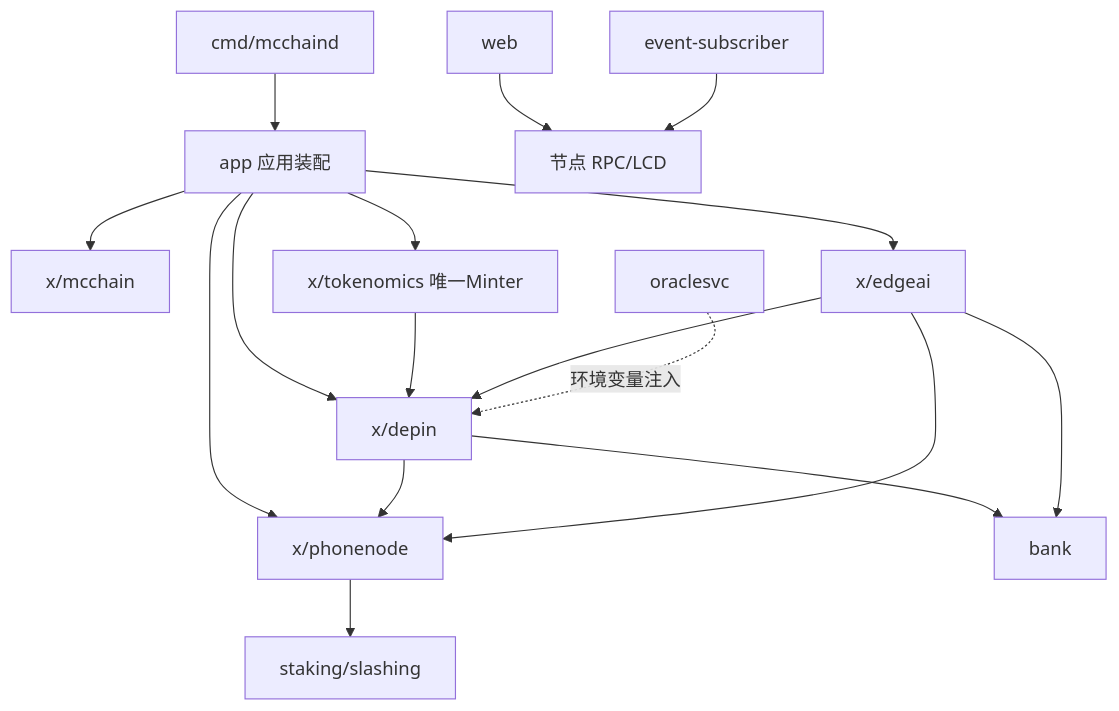
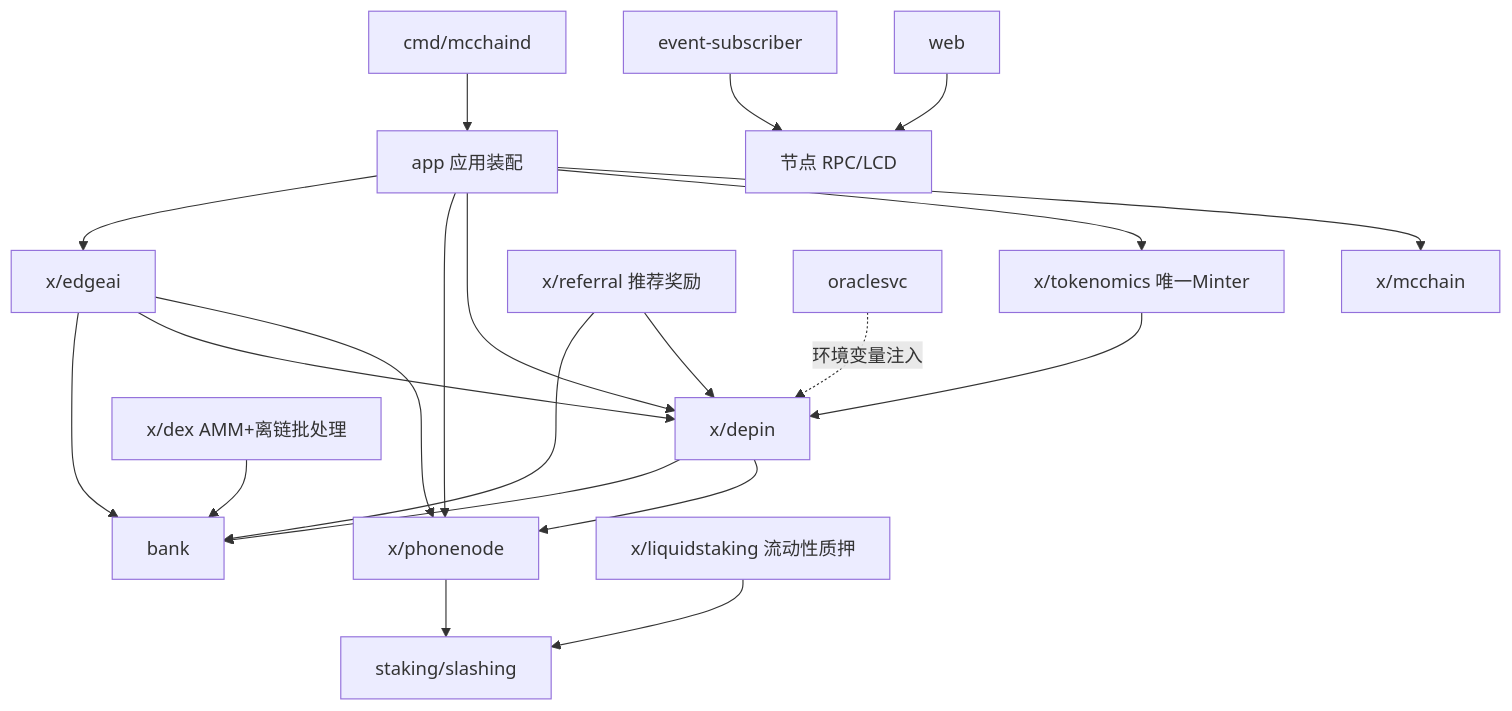
The diagram in docs/MODULE_WHITEPAPER.md (keliang4344-star/mcchain), drawn with Mermaid before and after one commit. The commit also changed other lines of this file and 92 other files, not shown here.

Commit message:
feat: deliver dex/liquidstaking/referral/handover modules, cloud co-sign, EdgeAI recompute, off-chain batching; finalize whitepaper Live/Planned; clean legacy blueprint

````diff
--- a/docs/MODULE_WHITEPAPER.md
+++ b/docs/MODULE_WHITEPAPER.md
@@ -68,19 +71,23 @@
 ```mermaid
 graph TD
     APP[app 应用装配] --> MC[x/mcchain]
     APP --> TK[x/tokenomics 唯一Minter]
     APP --> DP[x/depin]
     APP --> PN[x/phonenode]
     APP --> EA[x/edgeai]
     TK --> DP
     DP --> PN
     EA --> PN
     EA --> DP
+    DEX[x/dex AMM+离链批处理] --> BANK
+    REF[x/referral 推荐奖励] --> DP
+    REF --> BANK
+    LS[x/liquidstaking 流动性质押] --> STAK[staking/slashing]
     PN --> STAK[staking/slashing]
     DP --> BANK[bank]
     EA --> BANK
     CMD[cmd/mcchaind] --> APP
     ORACLE[oraclesvc] -.环境变量注入.-> DP
     WEB[web] --> NODE[节点 RPC/LCD]
     SUB[event-subscriber] --> NODE
 ```
````
